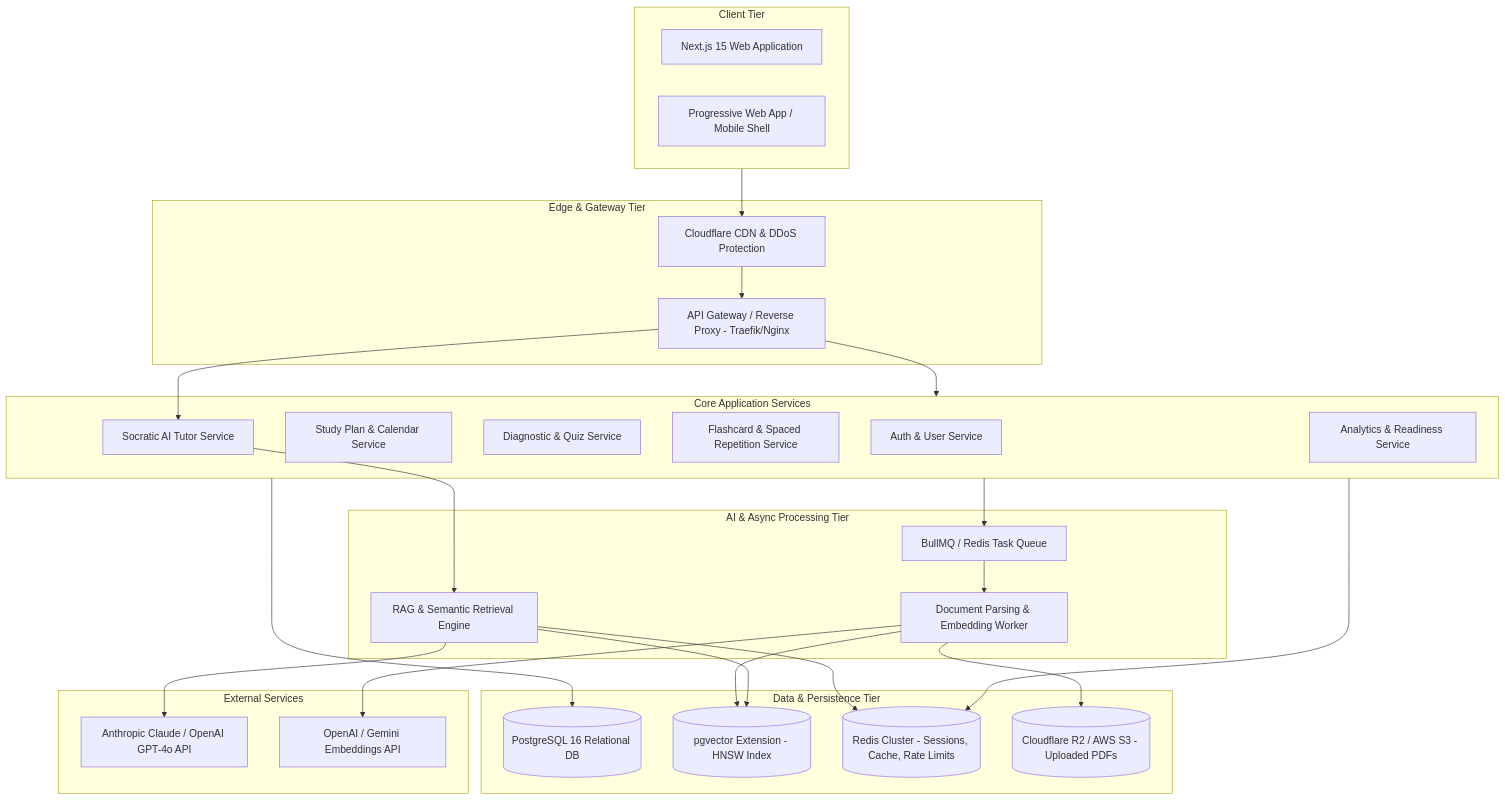
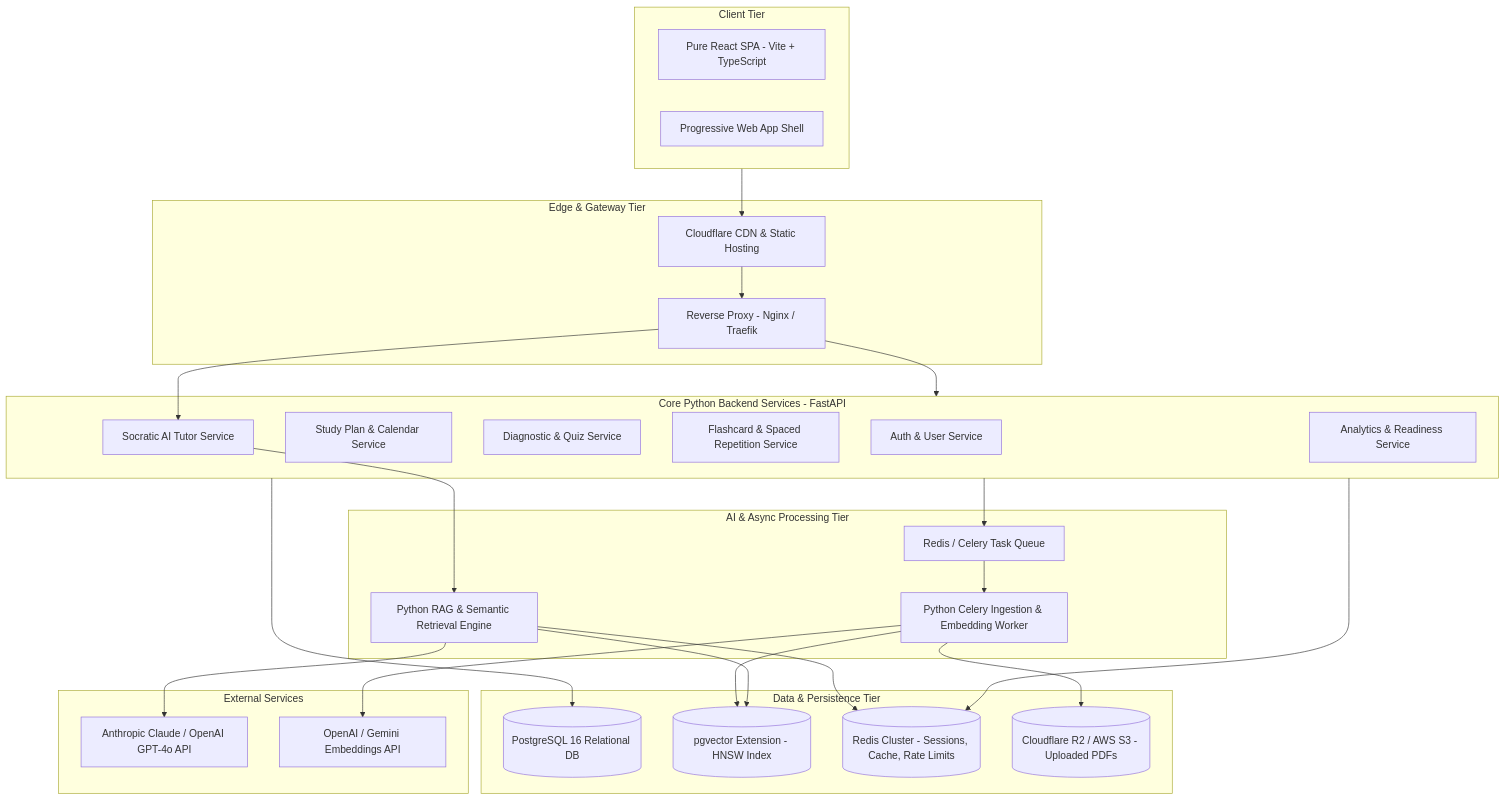
Before and after one commit to Techside-Pragyan/Pathfinder-ML: the first of 3 diagrams in doc/HLD.md, drawn with Mermaid. The commit also changed other lines of this file, not shown here.

Commit message:
docs: add high-level design document for AI study mentor architecture

````diff
--- a/doc/HLD.md
+++ b/doc/HLD.md
@@ -14,61 +14,61 @@
 ```mermaid
 graph TB
     subgraph ClientLayer[Client Tier]
-        WebClient[Next.js 15 Web Application]
-        PWA[Progressive Web App / Mobile Shell]
+        WebClient[Pure React SPA - Vite + TypeScript]
+        PWA[Progressive Web App Shell]
     end
 
     subgraph EdgeLayer[Edge & Gateway Tier]
-        CDN[Cloudflare CDN & DDoS Protection]
-        APIGateway[API Gateway / Reverse Proxy - Traefik/Nginx]
+        CDN[Cloudflare CDN & Static Hosting]
+        APIGateway[Reverse Proxy - Nginx / Traefik]
     end
 
-    subgraph ServiceLayer[Core Application Services]
+    subgraph ServiceLayer[Core Python Backend Services - FastAPI]
         AuthService[Auth & User Service]
         PlanService[Study Plan & Calendar Service]
         QuizService[Diagnostic & Quiz Service]
         CardService[Flashcard & Spaced Repetition Service]
         ChatService[Socratic AI Tutor Service]
         AnalyticsService[Analytics & Readiness Service]
     end
 
     subgraph AIWorkerLayer[AI & Async Processing Tier]
-        RAGOrchestrator[RAG & Semantic Retrieval Engine]
-        EmbeddingWorker[Document Parsing & Embedding Worker]
-        TaskQueue[BullMQ / Redis Task Queue]
+        RAGOrchestrator[Python RAG & Semantic Retrieval Engine]
+        EmbeddingWorker[Python Celery Ingestion & Embedding Worker]
+        TaskQueue[Redis / Celery Task Queue]
     end
 
     subgraph DataLayer[Data & Persistence Tier]
         PostgreSQL[(PostgreSQL 16 Relational DB)]
         PGVector[(pgvector Extension - HNSW Index)]
         RedisCache[(Redis Cluster - Sessions, Cache, Rate Limits)]
         BlobStorage[(Cloudflare R2 / AWS S3 - Uploaded PDFs)]
     end
 
     subgraph ExternalAPIs[External Services]
         LLMProvider[Anthropic Claude / OpenAI GPT-4o API]
         EmbeddingsAPI[OpenAI / Gemini Embeddings API]
     end
 
     %% Routing
     ClientLayer --> CDN
     CDN --> APIGateway
     APIGateway --> ServiceLayer
     APIGateway --> ChatService
 
     %% Service to Storage
     ServiceLayer --> PostgreSQL
     ServiceLayer --> RedisCache
     ServiceLayer --> TaskQueue
 
     %% AI and Async Flows
     TaskQueue --> EmbeddingWorker
     EmbeddingWorker --> BlobStorage
     EmbeddingWorker --> EmbeddingsAPI
     EmbeddingWorker --> PGVector
 
     ChatService --> RAGOrchestrator
     RAGOrchestrator --> PGVector
     RAGOrchestrator --> LLMProvider
     RAGOrchestrator --> RedisCache
 ```
````
